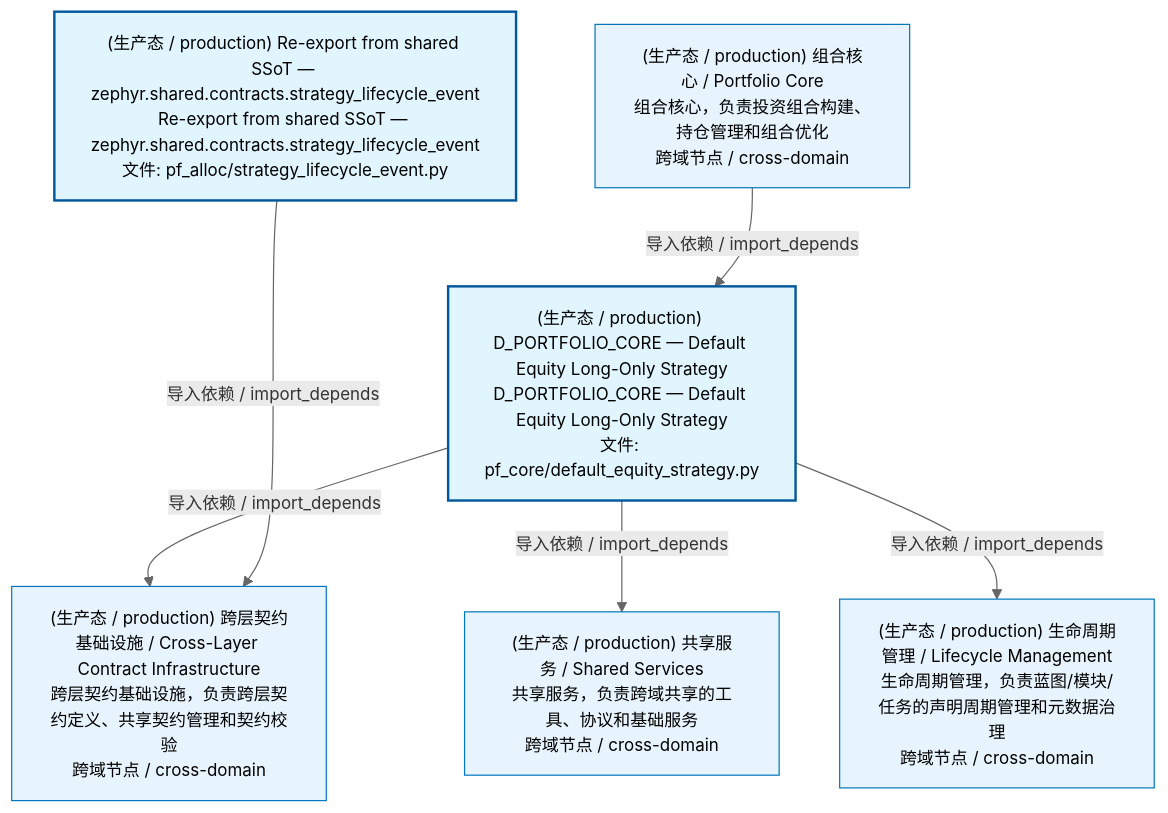
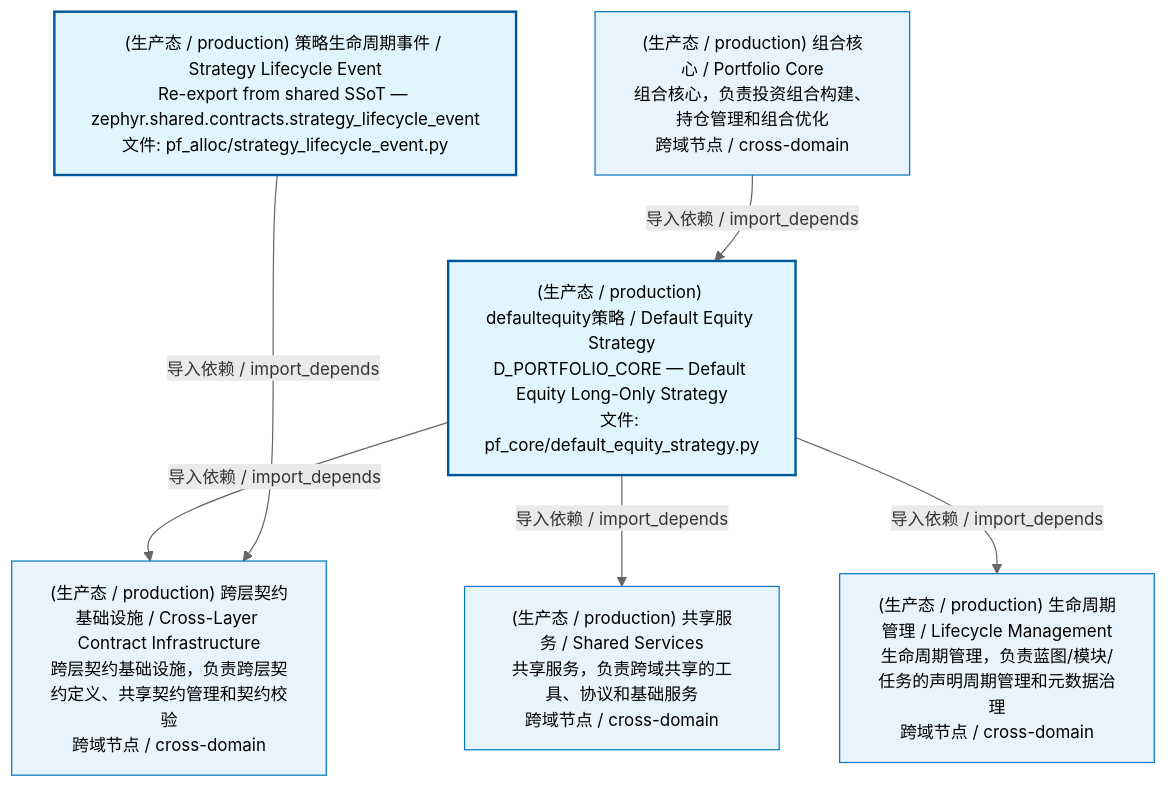
One commit to xuanFelixVan/ZephyrAlpha changed the first of 2 diagrams in docs/02_enterprise_architecture/02_domain_architecture_docs/62_d_pf_alloc.md. Above: the diagram before and after it, drawn with Mermaid. The commit also changed other lines of this file and 49 other files, not shown here.

````diff
--- a/docs/02_enterprise_architecture/02_domain_architecture_docs/62_d_pf_alloc.md
+++ b/docs/02_enterprise_architecture/02_domain_architecture_docs/62_d_pf_alloc.md
@@ -53,22 +53,22 @@
 ```mermaid
 %%{init: {'theme': 'base', 'themeVariables': {'primaryColor': '#eaeaea', 'primaryTextColor': '#333333', 'primaryBorderColor': '#666666', 'lineColor': '#666666', 'secondaryColor': '#eaeaea', 'tertiaryColor': '#eaeaea', 'fontSize': '14px'}}}%%
 flowchart TD
-    src_zephyr_pf_alloc_strategy_lifecycle_event_py["(生产态 / production) Re-export from shared SSoT — zephyr.shared.contracts.strategy_lifecycle_event<br/>Re-export from shared SSoT — zephyr.shared.contracts.strategy_lifecycle_event<br/>文件: pf_alloc/strategy_lifecycle_event.py"]
-    src_zephyr_pf_core_default_equity_strategy_py["(生产态 / production) D_PORTFOLIO_CORE — Default Equity Long-Only Strategy<br/>D_PORTFOLIO_CORE — Default Equity Long-Only Strategy<br/>文件: pf_core/default_equity_strategy.py"]
+    src_zephyr_pf_alloc_strategy_lifecycle_event_py["(生产态 / production) 策略生命周期事件 / Strategy Lifecycle Event<br/>Re-export from shared SSoT — zephyr.shared.contracts.strategy_lifecycle_event<br/>文件: pf_alloc/strategy_lifecycle_event.py"]
+    src_zephyr_pf_core_default_equity_strategy_py["(生产态 / production) defaultequity策略 / Default Equity Strategy<br/>D_PORTFOLIO_CORE — Default Equity Long-Only Strategy<br/>文件: pf_core/default_equity_strategy.py"]
     src_zephyr_pf_alloc_strategy_lifecycle_event_py ~~~ src_zephyr_pf_core_default_equity_strategy_py
     D_INFRASTRUCTURE["(生产态 / production) 跨层契约基础设施 / Cross-Layer Contract Infrastructure<br/>跨层契约基础设施，负责跨层契约定义、共享契约管理和契约校验<br/>跨域节点 / cross-domain"]
     src_zephyr_pf_core_default_equity_strategy_py -->|导入依赖 / import_depends| D_INFRASTRUCTURE
     D_SHARED["(生产态 / production) 共享服务 / Shared Services<br/>共享服务，负责跨域共享的工具、协议和基础服务<br/>跨域节点 / cross-domain"]
     src_zephyr_pf_core_default_equity_strategy_py -->|导入依赖 / import_depends| D_SHARED
     D_GOVERNANCE["(生产态 / production) 生命周期管理 / Lifecycle Management<br/>生命周期管理，负责蓝图/模块/任务的声明周期管理和元数据治理<br/>跨域节点 / cross-domain"]
     src_zephyr_pf_core_default_equity_strategy_py -->|导入依赖 / import_depends| D_GOVERNANCE
     src_zephyr_pf_alloc_strategy_lifecycle_event_py -->|导入依赖 / import_depends| D_INFRASTRUCTURE
     D_PF_CORE["(生产态 / production) 组合核心 / Portfolio Core<br/>组合核心，负责投资组合构建、持仓管理和组合优化<br/>跨域节点 / cross-domain"]
     D_PF_CORE -->|导入依赖 / import_depends| src_zephyr_pf_core_default_equity_strategy_py
     classDef production fill:#e1f5fe,stroke:#01579b,stroke-width:2px,color:#000
     classDef design fill:#fff3e0,stroke:#e65100,stroke-width:2px,color:#000,stroke-dasharray: 5 5
     classDef external_prod fill:#e8f4fd,stroke:#0277bd,stroke-width:1px,color:#000
     classDef external_design fill:#fff8e7,stroke:#ef6c00,stroke-width:1px,color:#000,stroke-dasharray: 5 5
     class src_zephyr_pf_alloc_strategy_lifecycle_event_py,src_zephyr_pf_core_default_equity_strategy_py production
     class D_INFRASTRUCTURE,D_SHARED,D_GOVERNANCE,D_PF_CORE external_prod
 ```
````
